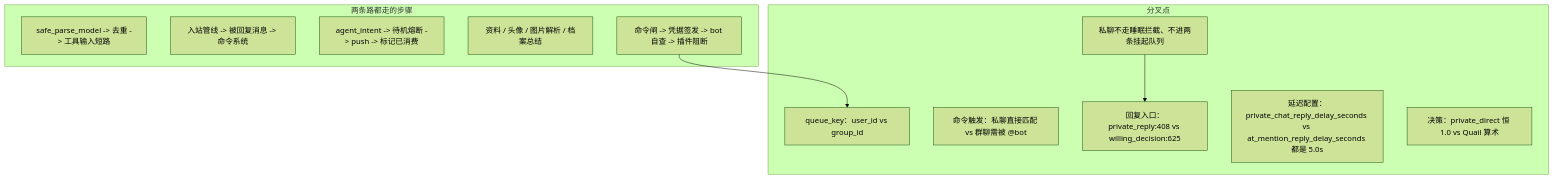
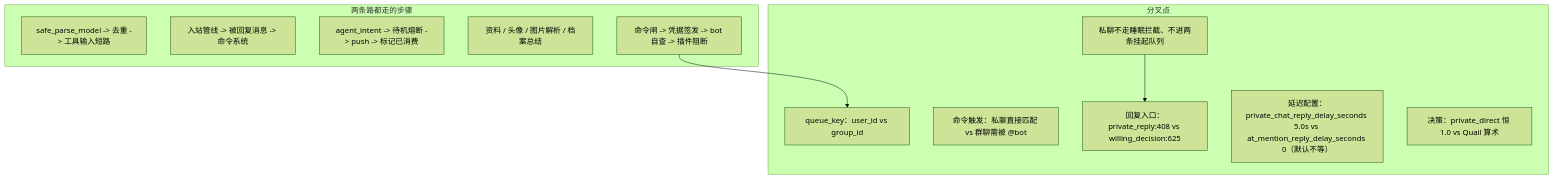
One commit to SuperQuail/NeoBot changed the fourth of 11 diagrams in docs/flow/02c-event-pipeline.md. Above: the diagram before and after it, drawn with Mermaid (forest theme). The commit also changed other lines of this file and 59 other files, not shown here.

First line of the commit message:
chore(release): 发布 1.2.4-a2（缺陷修复与图片、回复优化） (#79)

````diff
--- a/docs/flow/02c-event-pipeline.md
+++ b/docs/flow/02c-event-pipeline.md
@@ -155,20 +155,20 @@
 ```mermaid
 flowchart TD
     subgraph 相同["两条路都走的步骤"]
       S1["safe_parse_model -> 去重 -> 工具输入短路"]
       S2["入站管线 -> 被回复消息 -> 命令系统"]
       S3["agent_intent -> 待机熔断 -> push -> 标记已消费"]
       S4["资料 / 头像 / 图片解析 / 档案总结"]
       S5["命令闸 -> 凭据签发 -> bot 自查 -> 插件阻断"]
     end
     subgraph 不同["分叉点"]
       D1["queue_key：user_id vs group_id"]
       D2["命令触发：私聊直接匹配 vs 群聊需被 @bot"]
       D3["回复入口：private_reply:408 vs willing_decision:625"]
-      D4["延迟配置：private_chat_reply_delay_seconds vs at_mention_reply_delay_seconds 都是 5.0s"]
+      D4["延迟配置：private_chat_reply_delay_seconds 5.0s vs at_mention_reply_delay_seconds 0（默认不等）"]
       D5["决策：private_direct 恒 1.0 vs Quail 算术"]
       D6["私聊不走睡眠拦截、不进两条挂起队列"]
     end
     S5 --> D1
     D6 --> D3
 ```
````
